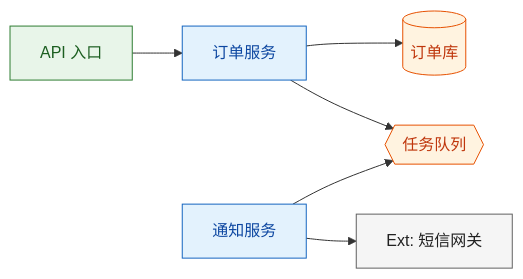
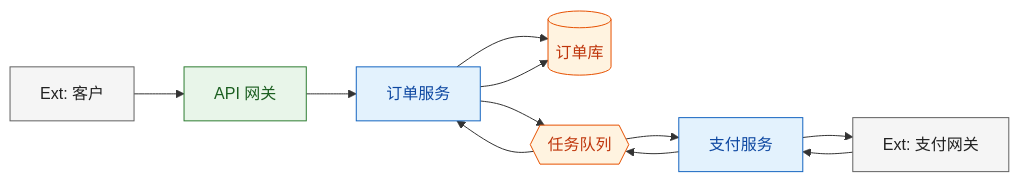
One commit to Vsoapmac/architecture-review-design-skills changed the third of 7 diagrams in architecture-review-design_zh/references/mermaid-spec.md. Above: the diagram before and after it, drawn with Mermaid. The commit also changed other lines of this file and 28 other files, not shown here.

Commit message:
✨ 视图体系改为五类必需视图（泳道图按需），产物支持双语与图形缩放，新增视图门禁

````diff
--- a/architecture-review-design_zh/references/mermaid-spec.md
+++ b/architecture-review-design_zh/references/mermaid-spec.md
@@ -68,21 +182,26 @@
 ```mermaid
 flowchart LR
-    direction LR
     classDef entry fill:#e8f5e9,stroke:#2e7d32,color:#1b5e20
     classDef service fill:#e3f2fd,stroke:#1565c0,color:#0d47a1
     classDef data fill:#fff3e0,stroke:#e65100,color:#bf360c
     classDef external fill:#f5f5f5,stroke:#616161,color:#212121
 
-    api[API 入口]:::entry
+    ext_client[Ext: 客户]:::external
+    gw[API 网关]:::entry
     svc_order[订单服务]:::service
-    svc_notify[通知服务]:::service
+    svc_pay[支付服务]:::service
     db_orders[(订单库)]:::data
     queue_task{{任务队列}}:::data
-    ext_sms[Ext: 短信网关]:::external
+    ext_pay[Ext: 支付网关]:::external
 
-    api --> svc_order
+    ext_client --> gw
+    gw --> svc_order
     svc_order --> db_orders
     svc_order --> queue_task
-    svc_notify --> queue_task
-    svc_notify --> ext_sms
+    queue_task --> svc_pay
+    svc_pay --> ext_pay
+    ext_pay --> svc_pay
+    svc_pay --> queue_task
+    queue_task --> svc_order
+    svc_order --> db_orders
 ```
````
